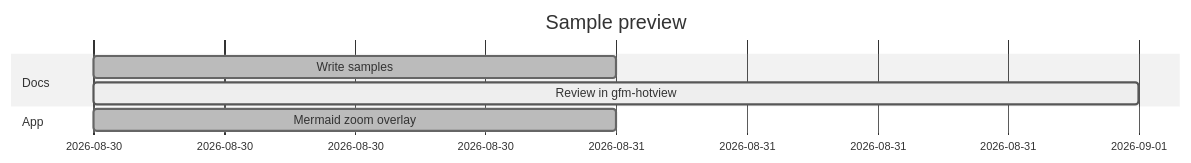
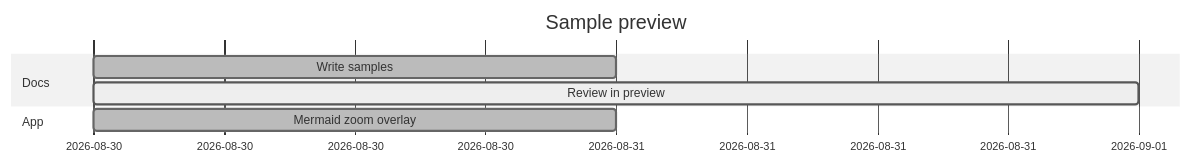
The sixth of 7 diagrams in tests/fixtures/mermaid.md (keathmilligan/super-markdown.nvim), drawn with Mermaid (neutral theme) before and after one commit. The commit also changed other lines of this file and 13 other files, not shown here.

````diff
--- a/tests/fixtures/mermaid.md
+++ b/tests/fixtures/mermaid.md
@@ -101,10 +101,10 @@
 ```mermaid
 gantt
   title Sample preview
   dateFormat YYYY-MM-DD
   section Docs
   Write samples           :done, a1, 2026-08-30, 1d
-  Review in gfm-hotview   :active, a2, 2026-08-30, 2d
+  Review in preview       :active, a2, 2026-08-30, 2d
   section App
   Mermaid zoom overlay    :done, b1, 2026-08-30, 1d
 ```
````
